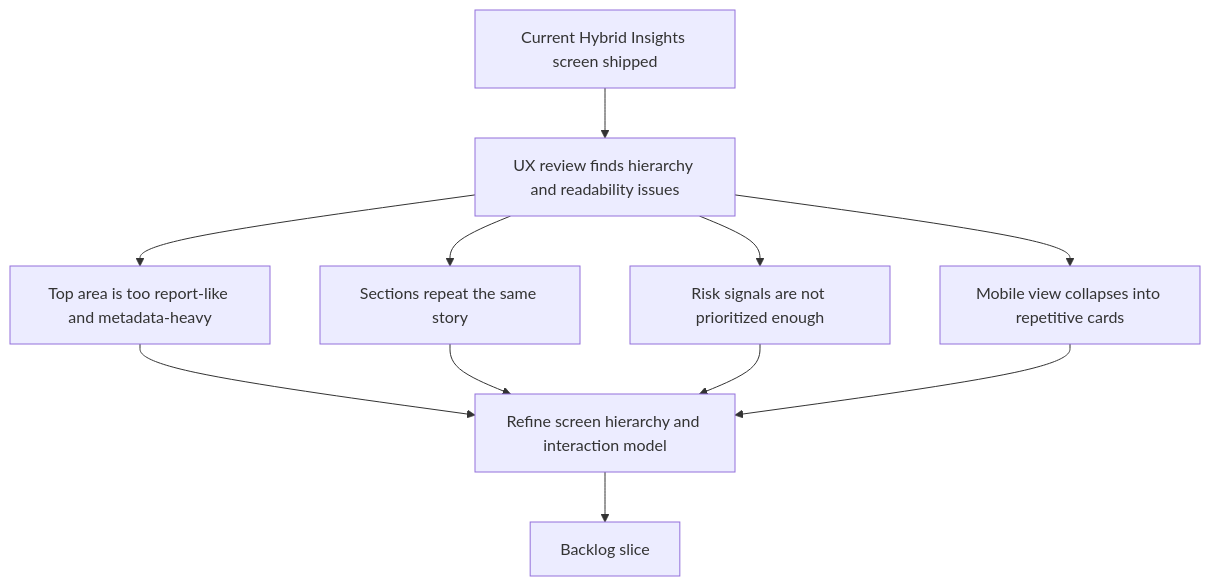
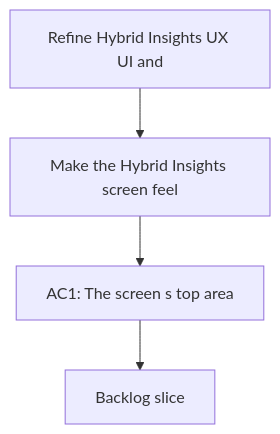
One commit to AlexAgo83/logics-manager changed the diagram in logics/request/req_105_refine_hybrid_insights_ux_ui_information_hierarchy.md. Above: the diagram before and after it, drawn with Mermaid. The commit also changed 481 other files, not shown here.

````diff
--- a/logics/request/req_105_refine_hybrid_insights_ux_ui_information_hierarchy.md
+++ b/logics/request/req_105_refine_hybrid_insights_ux_ui_information_hierarchy.md
@@ -41,15 +41,8 @@
 ```mermaid
 %% logics-kind: request
 %% logics-signature: request|refine-hybrid-insights-ux-ui-and-informa|make-the-hybrid-insights-screen-feel|ac1-the-screen-s-top-area
 flowchart TD
-    Current[Current Hybrid Insights screen shipped] --> Review[UX review finds hierarchy and readability issues]
-    Review --> Top[Top area is too report-like and metadata-heavy]
-    Review --> Redundant[Sections repeat the same story]
-    Review --> Priority[Risk signals are not prioritized enough]
-    Review --> Mobile[Mobile view collapses into repetitive cards]
-    Top --> Target[Refine screen hierarchy and interaction model]
-    Redundant --> Target
-    Priority --> Target
-    Mobile --> Target
-    Target --> Backlog[Backlog slice]
+    Trigger[Refine Hybrid Insights UX UI and] --> Need[Make the Hybrid Insights screen feel]
+    Need --> Outcome[AC1: The screen s top area]
+    Outcome --> Backlog[Backlog slice]
 ```
````
